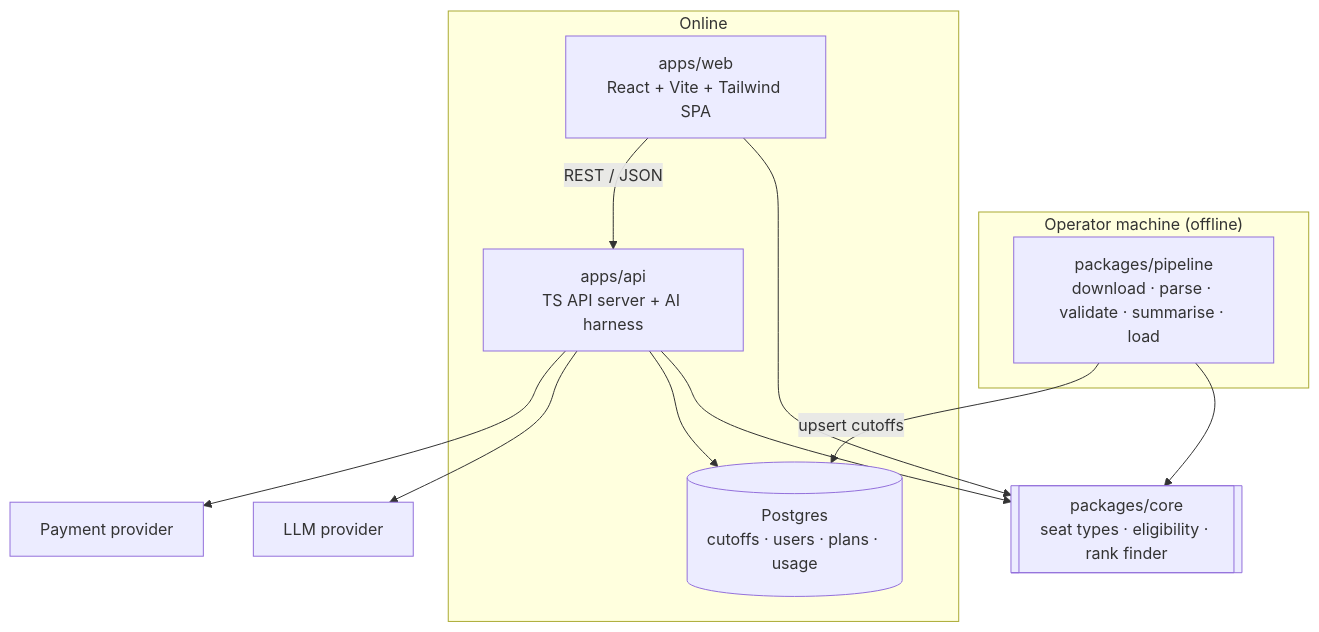
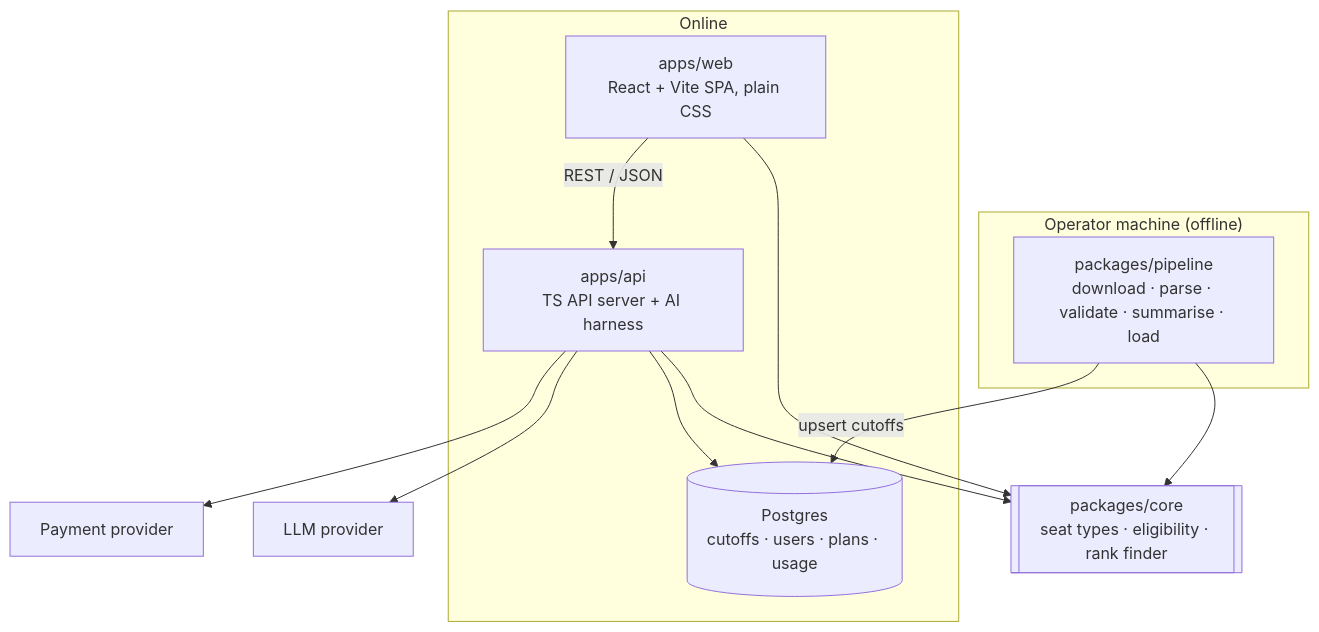
The second of 5 diagrams in docs/02-architecture/system-architecture.md (dambhore-web/mhtcet-cap-analysis), drawn with Mermaid before and after one commit. The commit also changed other lines of this file and 10 other files, not shown here.

First line of the commit message:
Align decision log with the build: plain CSS, all on Railway (#118)

````diff
--- a/docs/02-architecture/system-architecture.md
+++ b/docs/02-architecture/system-architecture.md
@@ -18,20 +18,20 @@
 ```mermaid
 flowchart TB
   subgraph Offline["Operator machine (offline)"]
     PL[packages/pipeline<br/>download · parse · validate · summarise · load]
   end
   subgraph Online
-    WEB[apps/web<br/>React + Vite + Tailwind SPA]
+    WEB[apps/web<br/>React + Vite SPA, plain CSS]
     API[apps/api<br/>TS API server + AI harness]
     DB[(Postgres<br/>cutoffs · users · plans · usage)]
   end
   CORE[[packages/core<br/>seat types · eligibility · rank finder]]
   PL --> CORE
   API --> CORE
   WEB --> CORE
   PL -->|upsert cutoffs| DB
   WEB -->|REST / JSON| API
   API --> DB
   API --> LLM[LLM provider]
   API --> PAY[Payment provider]
 ```
````
